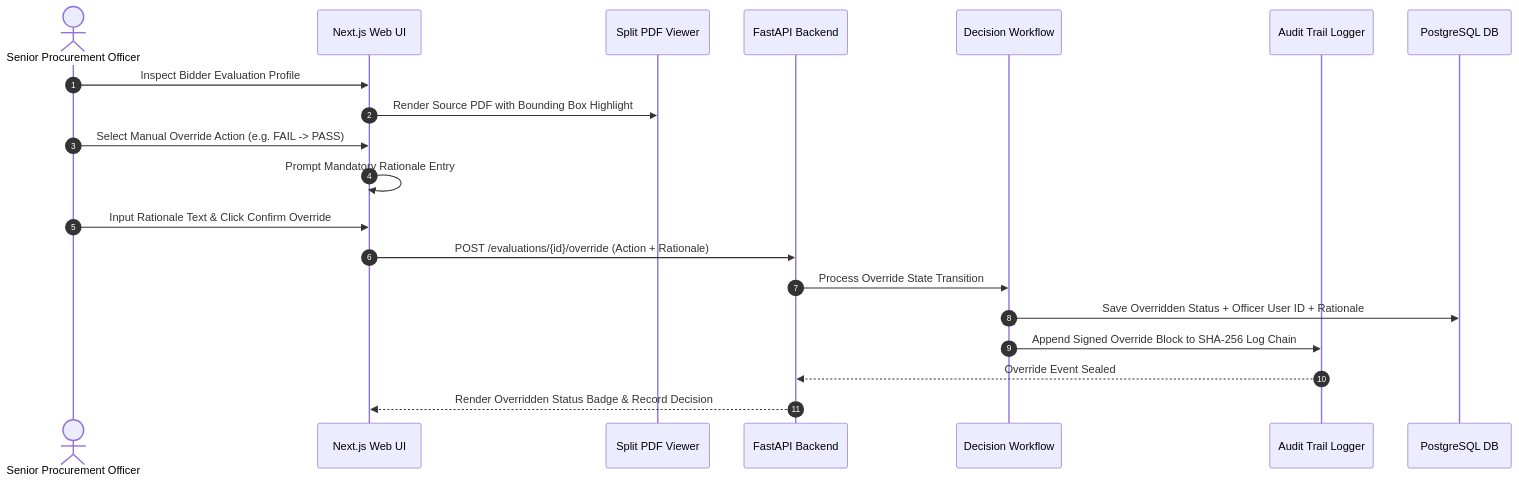
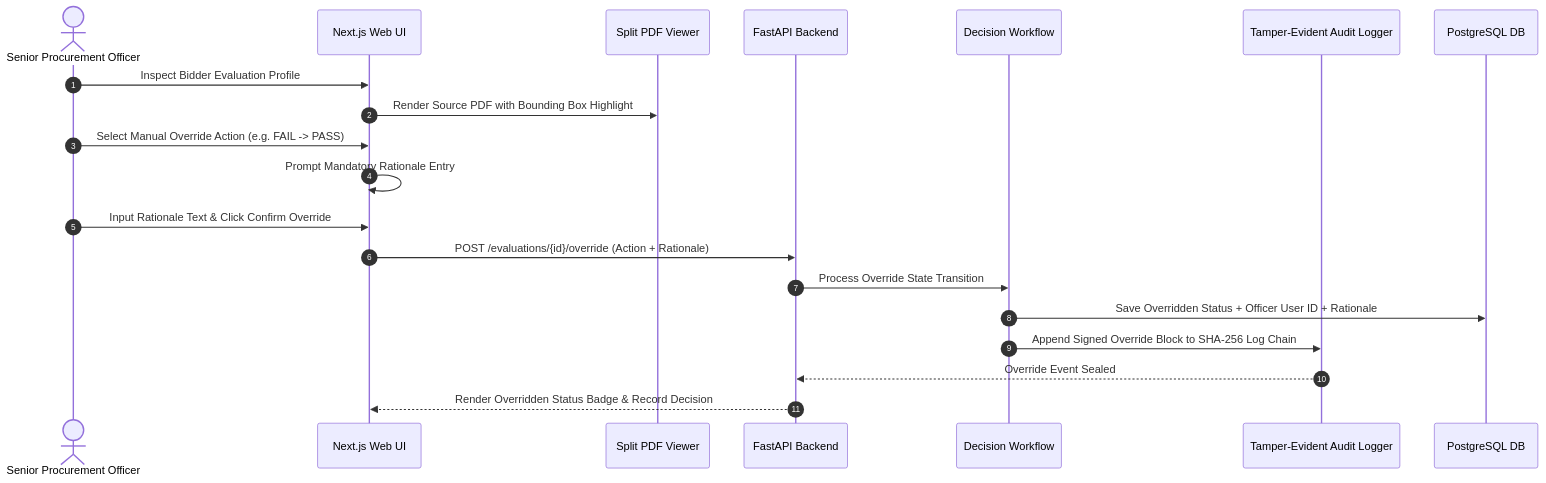
The seventh of 8 diagrams in docs/PHASE_1_DATA_FLOW.md (adityapaithankar25uml-debug/sih26100-bid-compliance), drawn with Mermaid before and after one commit. The commit also changed other lines of this file and 4 other files, not shown here.

Commit message:
docs(phase-1): apply targeted architectural corrections to ADR-004, ADR-009, ADR-010, ADR-012

````diff
--- a/docs/PHASE_1_DATA_FLOW.md
+++ b/docs/PHASE_1_DATA_FLOW.md
@@ -236,23 +243,23 @@
 ```mermaid
 sequenceDiagram
     autonumber
     actor Officer as Senior Procurement Officer
     participant UI as Next.js Web UI
     participant PDF as Split PDF Viewer
     participant API as FastAPI Backend
     participant DecModule as Decision Workflow
-    participant Audit as Audit Trail Logger
+    participant Audit as Tamper-Evident Audit Logger
     participant DB as PostgreSQL DB
 
     Officer->>UI: Inspect Bidder Evaluation Profile
     UI->>PDF: Render Source PDF with Bounding Box Highlight
     Officer->>UI: Select Manual Override Action (e.g. FAIL -> PASS)
     UI->>UI: Prompt Mandatory Rationale Entry
     Officer->>UI: Input Rationale Text & Click Confirm Override
     UI->>API: POST /evaluations/{id}/override (Action + Rationale)
     API->>DecModule: Process Override State Transition
     DecModule->>DB: Save Overridden Status + Officer User ID + Rationale
     DecModule->>Audit: Append Signed Override Block to SHA-256 Log Chain
     Audit-->>API: Override Event Sealed
     API-->>UI: Render Overridden Status Badge & Record Decision
 ```
````
